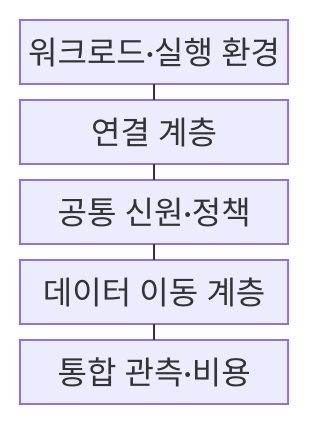
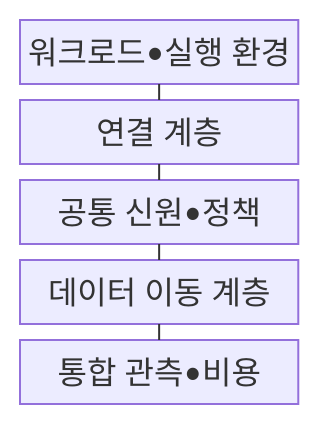
One commit to agnusdei1207/knowledge-base changed the first of 2 diagrams in src/content/docs/notes/03-software/142_cloud_deployment_models.md. Above: the diagram before and after it, drawn with Mermaid. The commit also changed other lines of this file and 953 other files, not shown here.

````diff
--- a/src/content/docs/notes/03-software/142_cloud_deployment_models.md
+++ b/src/content/docs/notes/03-software/142_cloud_deployment_models.md
@@ -69,13 +69,13 @@
 ```mermaid
 block
     columns 1
-    A["워크로드·실행 환경"]
+    A["워크로드•실행 환경"]
     B["연결 계층"]
-    C["공통 신원·정책"]
+    C["공통 신원•정책"]
     D["데이터 이동 계층"]
-    E["통합 관측·비용"]
+    E["통합 관측•비용"]
     A --- B
     B --- C
     C --- D
     D --- E
 ```
````
